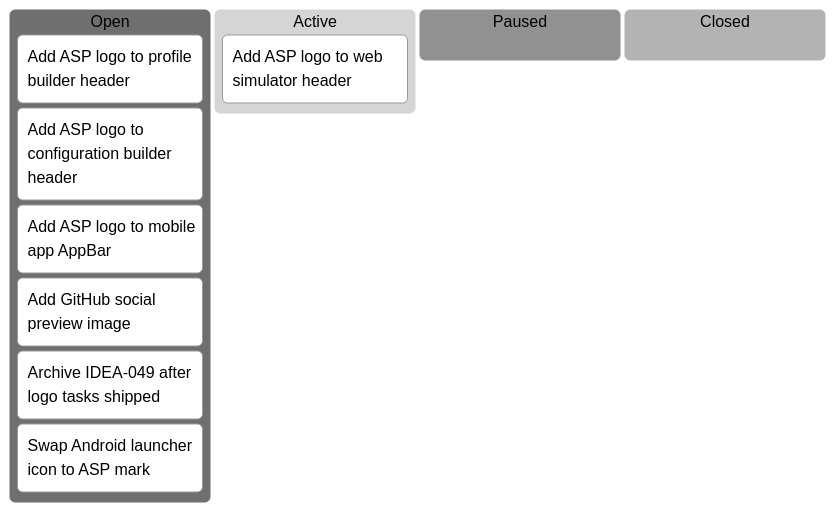
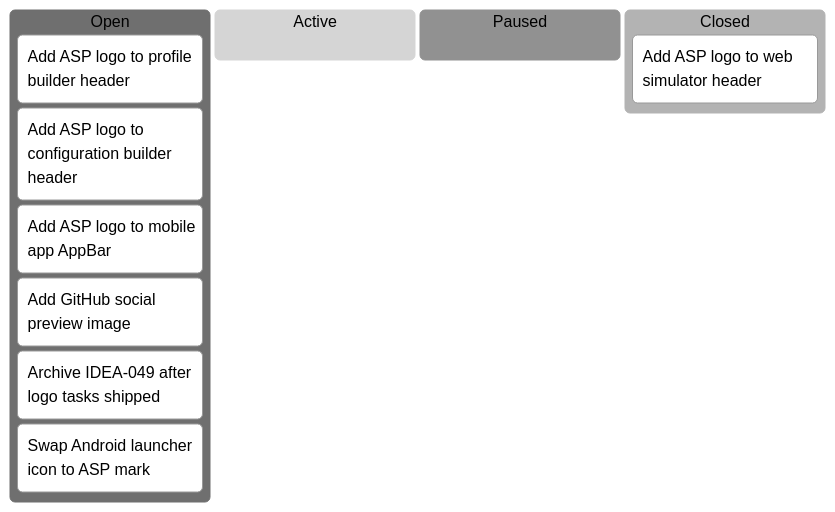
Before and after one commit to tgd1975/AwesomeStudioPedal: the fifth of 7 diagrams in docs/developers/tasks/KANBAN.md, drawn with Mermaid (neutral theme). The commit also changed other lines of this file and 3 other files, not shown here.

Commit message:
close TASK-339: Add ASP logo to web simulator header

````diff
--- a/docs/developers/tasks/KANBAN.md
+++ b/docs/developers/tasks/KANBAN.md
@@ -80,14 +80,14 @@
 ```mermaid
 kanban
   Open
     TASK_340["Add ASP logo to profile builder header"]
     TASK_341["Add ASP logo to configuration builder header"]
     TASK_342["Add ASP logo to mobile app AppBar"]
     TASK_343["Add GitHub social preview image"]
     TASK_344["Archive IDEA-049 after logo tasks shipped"]
     TASK_345["Swap Android launcher icon to ASP mark"]
   Active
-    TASK_339["Add ASP logo to web simulator header"]
   Paused
   Closed
+    TASK_339["Add ASP logo to web simulator header"]
 ```
````
